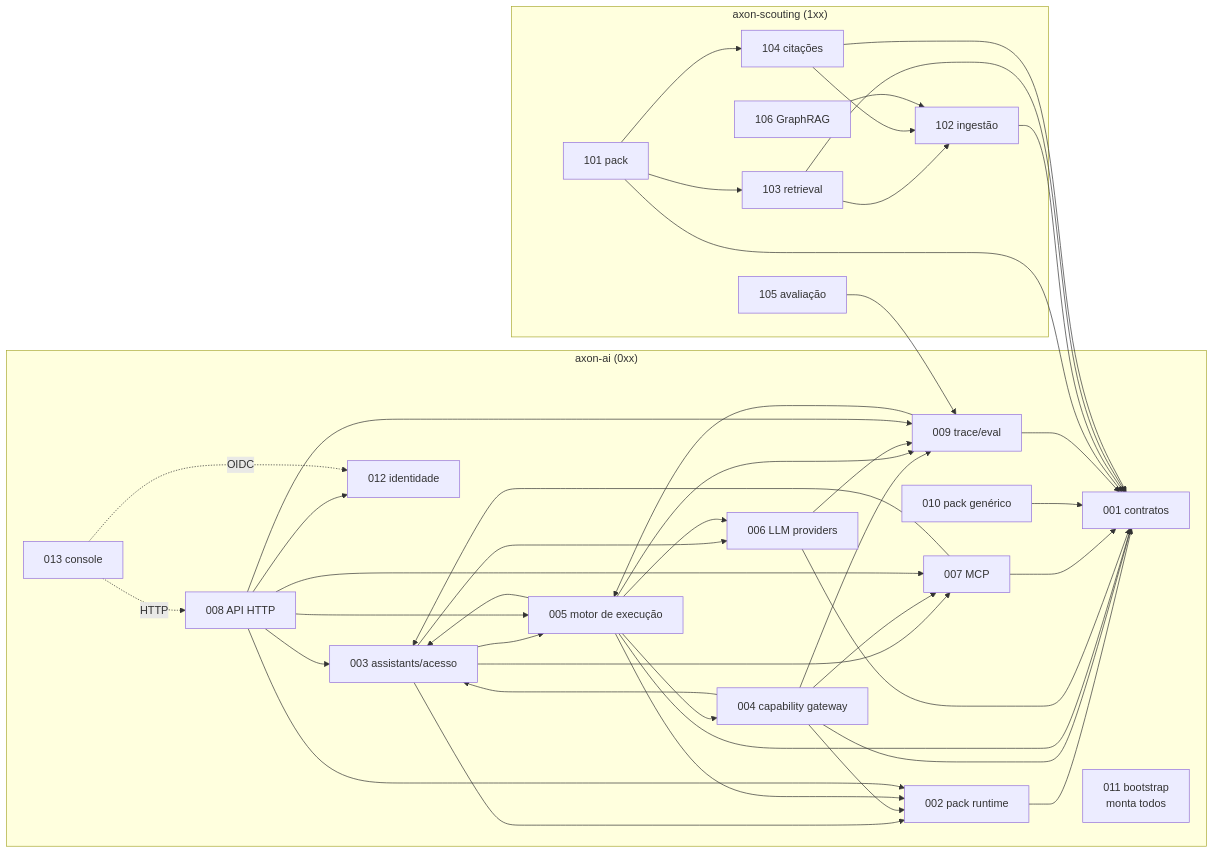
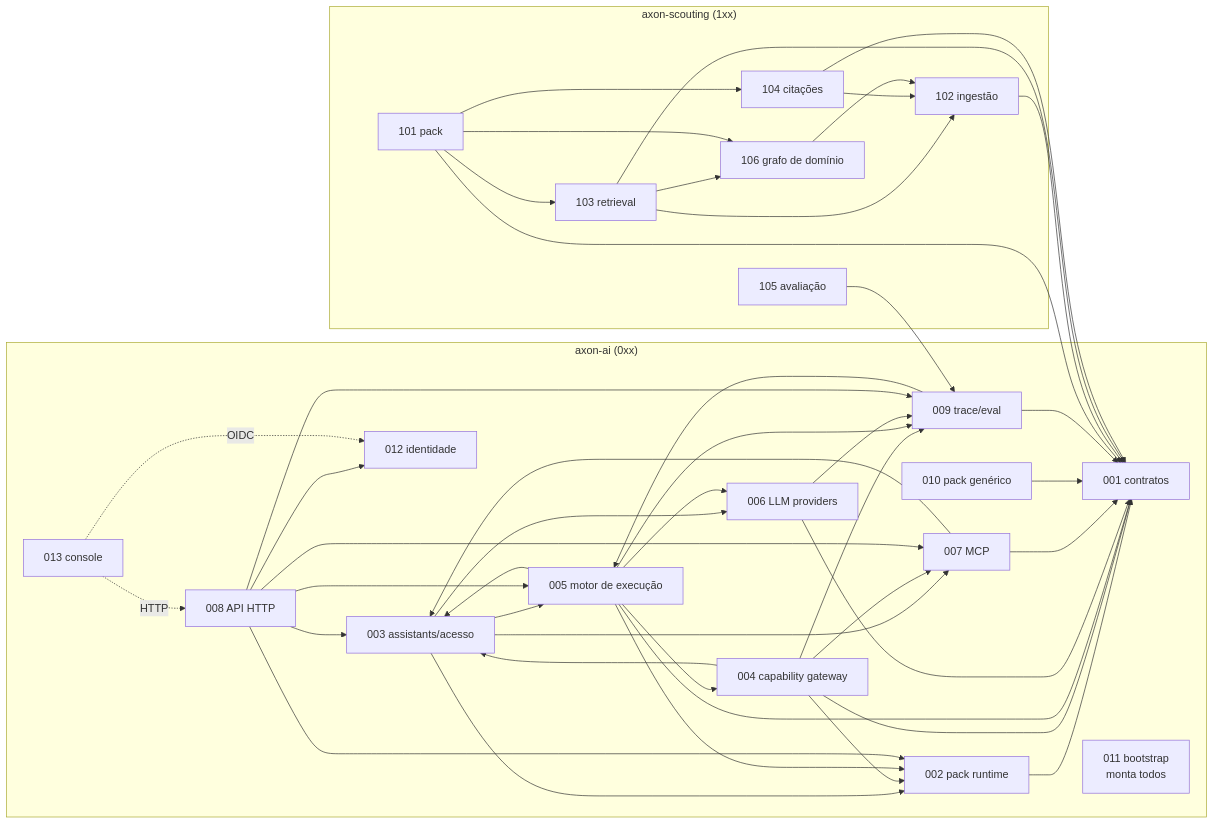
The fourth of 4 diagrams in specs/README.md (CaioFerreiraB/axon), drawn with Mermaid before and after one commit. The commit also changed other lines of this file and 20 other files, not shown here.

First line of the commit message:
docs(101,102,103,106): a 106 especificada e planejada — grafo de domínio e consultas (ADR-064)

````diff
--- a/specs/README.md
+++ b/specs/README.md
@@ -250,69 +251,71 @@
 ```mermaid
 flowchart LR
     subgraph CORE["axon-ai (0xx)"]
         C001[001 contratos]
         C002[002 pack runtime]
         C003[003 assistants/acesso]
         C004[004 capability gateway]
         C005[005 motor de execução]
         C006[006 LLM providers]
         C007[007 MCP]
         C008[008 API HTTP]
         C009[009 trace/eval]
         C010[010 pack genérico]
         C011[011 bootstrap<br/>monta todos]
         C012[012 identidade]
         C013[013 console]
     end
     subgraph SCT["axon-scouting (1xx)"]
         S101[101 pack]
         S102[102 ingestão]
         S103[103 retrieval]
         S104[104 citações]
         S105[105 avaliação]
-        S106[106 GraphRAG]
+        S106[106 grafo de domínio]
     end
 
     C002 --> C001
     C004 --> C001
     C005 --> C001
     C006 --> C001
     C007 --> C001
     C010 --> C001
     C003 --> C002
     C003 --> C005
     C003 --> C006
     C003 --> C007
     C004 --> C002
     C004 --> C003
     C004 --> C007
     C004 --> C009
     C005 --> C002
     C005 --> C003
     C005 --> C004
     C005 --> C006
     C005 --> C009
     C006 --> C009
     C007 --> C003
     C008 --> C003
     C008 --> C005
     C008 --> C002
     C008 --> C007
     C008 --> C009
     C009 --> C001
     C009 --> C005
     C008 --> C012
     C013 -.HTTP.-> C008
     C013 -.OIDC.-> C012
 
     S101 --> C001
     S102 --> C001
     S103 --> C001
     S104 --> C001
     S101 --> S103
     S101 --> S104
     S103 --> S102
     S104 --> S102
     S106 --> S102
+    S103 --> S106
+    S101 --> S106
     S105 --> C009
 ```
````
